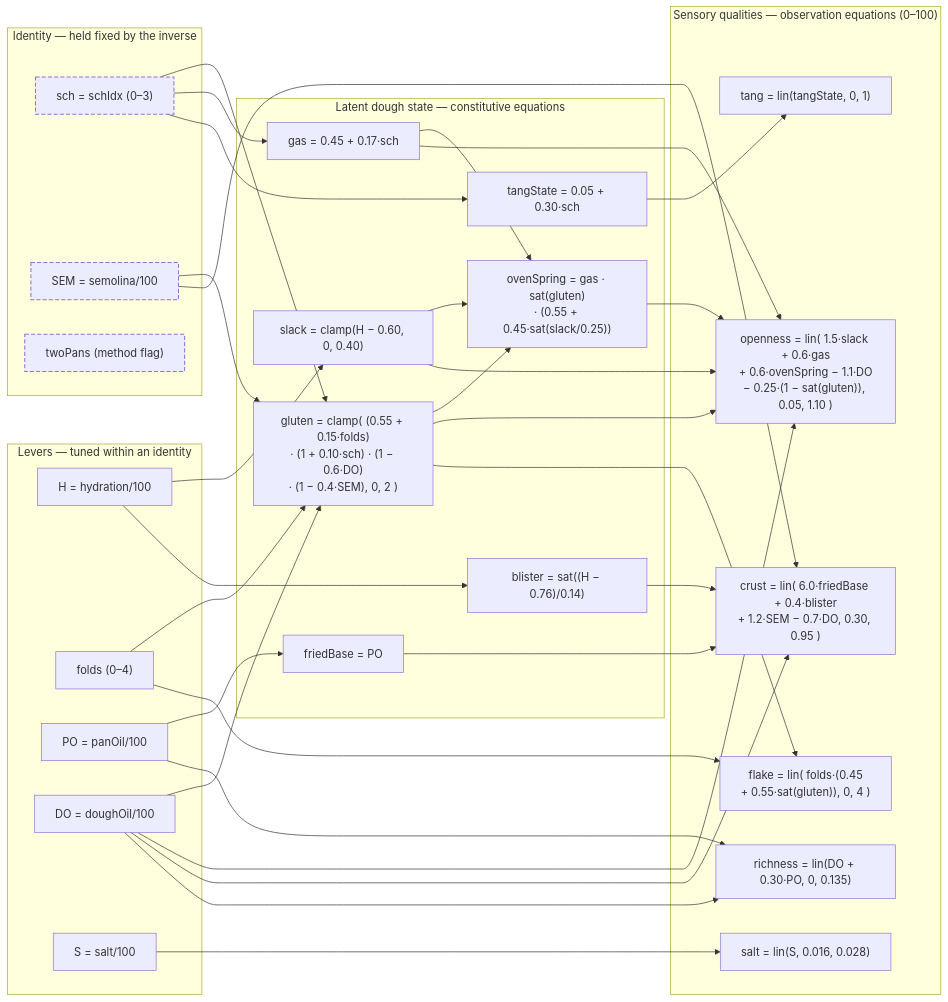
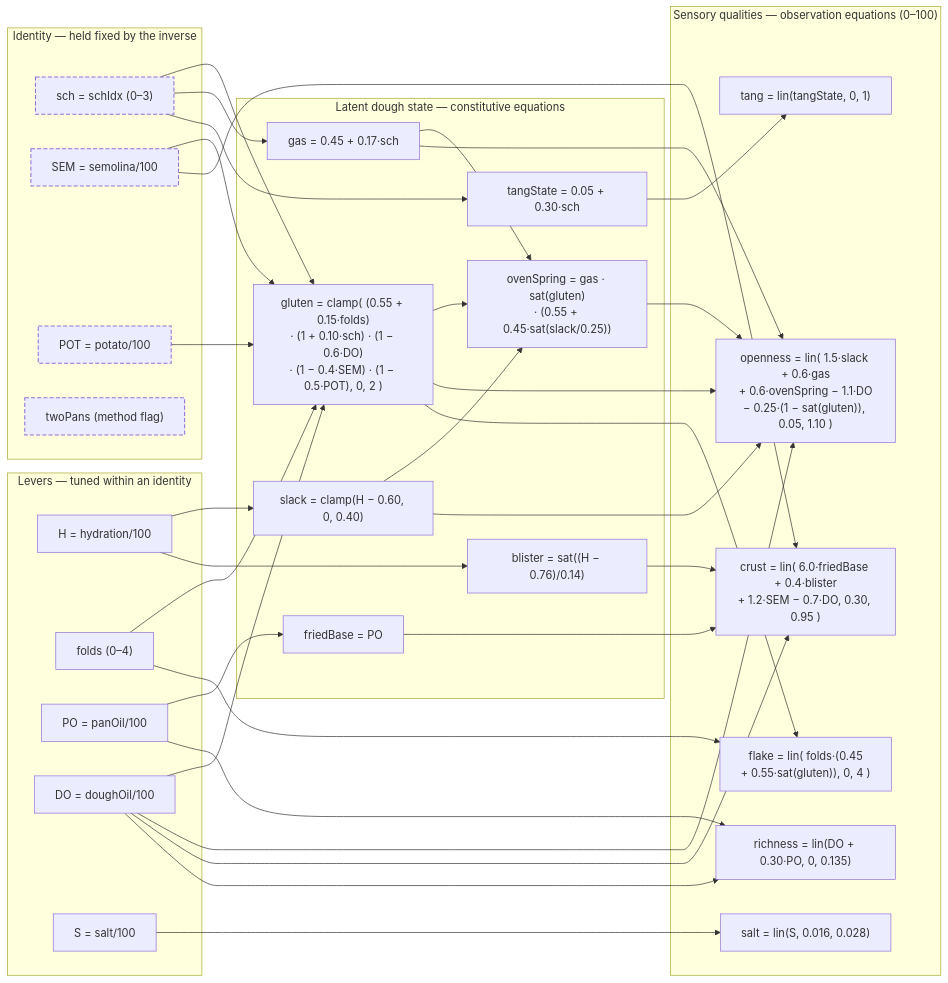
Before and after one commit to 4AM365/4AM365.github.io: the first of 2 diagrams in content/kitchen/focaccia-model.md, drawn with Mermaid. The commit also changed other lines of this file and 2 other files, not shown here.

Commit message:
widget: Add boiled potato as a barese identity ingredient (tenderises the crumb)

````diff
--- a/content/kitchen/focaccia-model.md
+++ b/content/kitchen/focaccia-model.md
@@ -31,68 +32,70 @@
 ```mermaid
 graph LR
   subgraph ID["Identity — held fixed by the inverse"]
     sch["sch = schIdx  (0–3)"]
     SEM["SEM = semolina/100"]
+    POT["POT = potato/100"]
     twoPans["twoPans  (method flag)"]
   end
   subgraph LV["Levers — tuned within an identity"]
     H["H = hydration/100"]
     folds["folds  (0–4)"]
     PO["PO = panOil/100"]
     DO["DO = doughOil/100"]
     S["S = salt/100"]
   end
 
   subgraph L1["Latent dough state — constitutive equations"]
     slack["slack = clamp(H − 0.60, 0, 0.40)"]
-    gluten["gluten = clamp( (0.55 + 0.15·folds)<br/>· (1 + 0.10·sch) · (1 − 0.6·DO)<br/>· (1 − 0.4·SEM), 0, 2 )"]
+    gluten["gluten = clamp( (0.55 + 0.15·folds)<br/>· (1 + 0.10·sch) · (1 − 0.6·DO)<br/>· (1 − 0.4·SEM) · (1 − 0.5·POT), 0, 2 )"]
     gas["gas = 0.45 + 0.17·sch"]
     tangState["tangState = 0.05 + 0.30·sch"]
     ovenSpring["ovenSpring = gas · sat(gluten)<br/>· (0.55 + 0.45·sat(slack/0.25))"]
     blister["blister = sat((H − 0.76)/0.14)"]
     friedBase["friedBase = PO"]
   end
 
   subgraph L2["Sensory qualities — observation equations (0–100)"]
     openness["openness = lin( 1.5·slack + 0.6·gas<br/>+ 0.6·ovenSpring − 1.1·DO<br/>− 0.25·(1 − sat(gluten)), 0.05, 1.10 )"]
     tang["tang = lin(tangState, 0, 1)"]
     flake["flake = lin( folds·(0.45<br/>+ 0.55·sat(gluten)), 0, 4 )"]
     crust["crust = lin( 6.0·friedBase + 0.4·blister<br/>+ 1.2·SEM − 0.7·DO, 0.30, 0.95 )"]
     richness["richness = lin(DO + 0.30·PO, 0, 0.135)"]
     salt["salt = lin(S, 0.016, 0.028)"]
   end
 
   %% recipe → latent (constitutive)
   H --> slack
   folds --> gluten
   sch --> gluten
   DO --> gluten
   SEM --> gluten
+  POT --> gluten
   sch --> gas
   sch --> tangState
   gas --> ovenSpring
   gluten --> ovenSpring
   slack --> ovenSpring
   H --> blister
   PO --> friedBase
 
   %% latent (+ direct recipe terms) → qualities (observation)
   slack --> openness
   gas --> openness
   ovenSpring --> openness
   DO --> openness
   gluten --> openness
   tangState --> tang
   folds --> flake
   gluten --> flake
   friedBase --> crust
   blister --> crust
   SEM --> crust
   DO --> crust
   DO --> richness
   PO --> richness
   S --> salt
 
   classDef identity stroke-dasharray:6 3,stroke-width:1.5px;
-  class sch,SEM,twoPans identity;
+  class sch,SEM,twoPans,POT identity;
 ```
````
